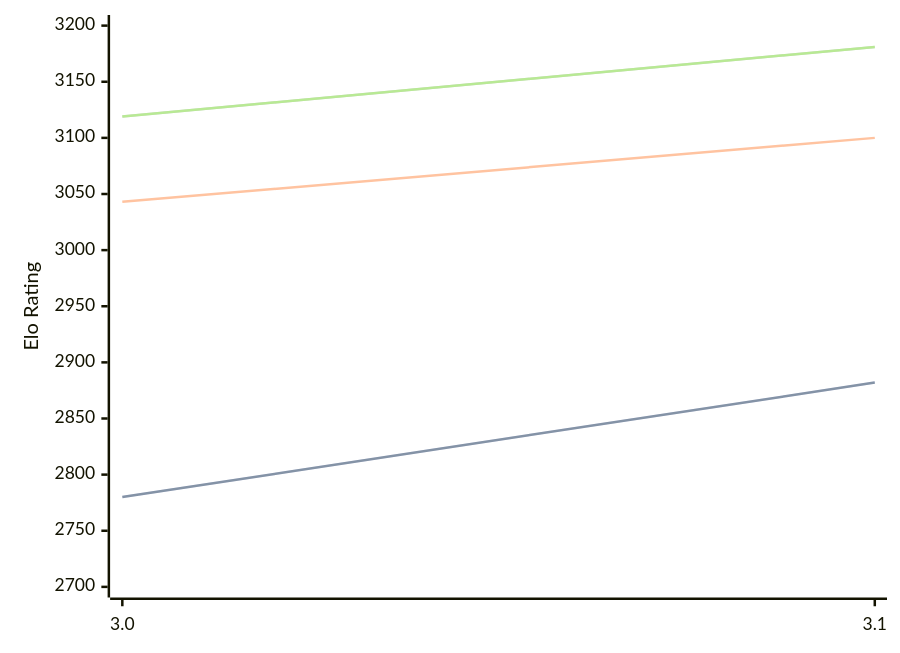
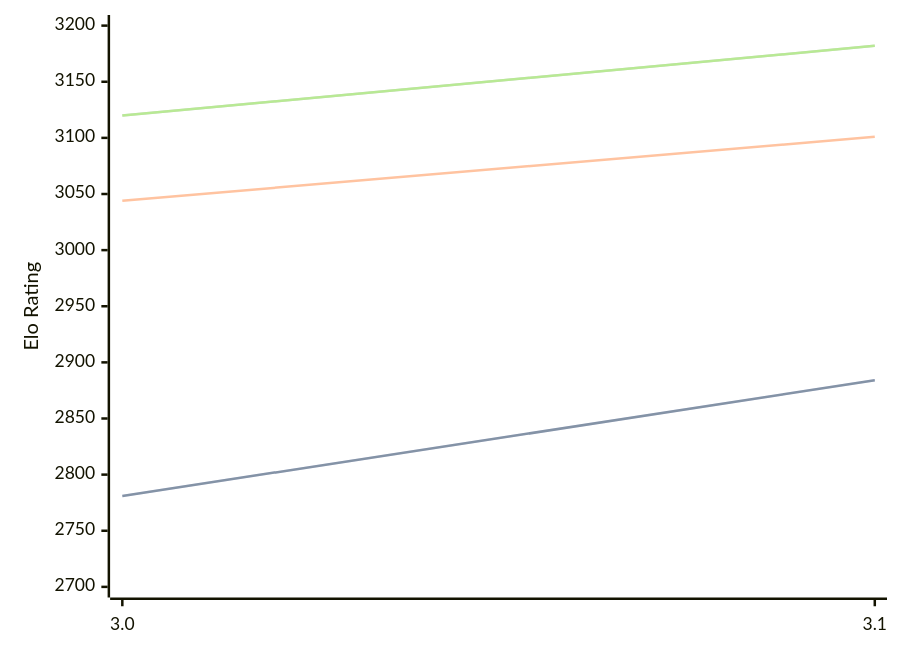
Before and after one commit to computer-chess-index/cci: the diagram in engines/Vajolet2.md, drawn with Mermaid. The commit also changed other lines of this file, not shown here.

Commit message:
Update CCI Ratings (ELO VLTC) - 2026-05-16

````diff
--- a/engines/Vajolet2.md
+++ b/engines/Vajolet2.md
@@ -40,11 +40,11 @@
 ```mermaid
 %%{init: {"theme":"base","themeVariables":{"seriesColors:['#a3a3a3','#222221','#faa371']}}}%%
 xychart-beta
   x-axis ["3.0", "3.1"]
   y-axis "Elo Rating" 2700 --> 3200
-  line "STC (8.0+0.08s)" [2780, 2882]
-  line "STC (8.0+0.08s)" [2780, 2882]
-  line "LTC (60.0+0.60s)" [3043, 3100]
-  line "VLTC (2m24s+1.12s)" [3119, 3181]
-  line "VLTC (2m24s+1.12s)" [3119, 3181]
+  line "STC (8.0+0.08s)" [2781, 2884]
+  line "STC (8.0+0.08s)" [2781, 2884]
+  line "LTC (60.0+0.60s)" [3044, 3101]
+  line "VLTC (2m24s+1.12s)" [3120, 3182]
+  line "VLTC (2m24s+1.12s)" [3120, 3182]
 ```
````
